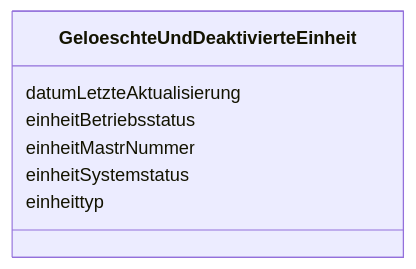
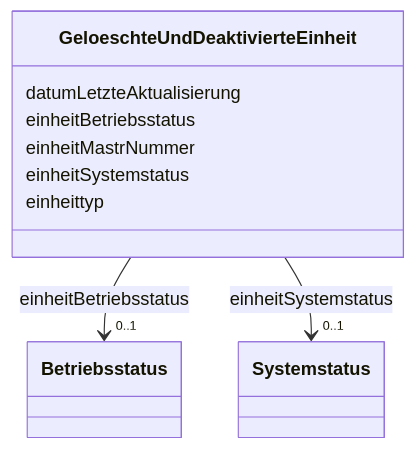
The diagram in docs/schema/classes/GeloeschteUndDeaktivierteEinheit.md (FlorianK13/mastr-model), drawn with Mermaid before and after one commit. The commit also changed other lines of this file and 86 other files, not shown here.

````diff
--- a/docs/schema/classes/GeloeschteUndDeaktivierteEinheit.md
+++ b/docs/schema/classes/GeloeschteUndDeaktivierteEinheit.md
@@ -18,16 +18,34 @@
 ```mermaid
  classDiagram
     class GeloeschteUndDeaktivierteEinheit
     click GeloeschteUndDeaktivierteEinheit href "../../classes/GeloeschteUndDeaktivierteEinheit/"
       GeloeschteUndDeaktivierteEinheit : datumLetzteAktualisierung
         
       GeloeschteUndDeaktivierteEinheit : einheitBetriebsstatus
         
+          
+    
+        
+        
+        GeloeschteUndDeaktivierteEinheit --> "0..1" Betriebsstatus : einheitBetriebsstatus
+        click Betriebsstatus href "../../enums/Betriebsstatus/"
+    
+
+        
       GeloeschteUndDeaktivierteEinheit : einheitMastrNummer
         
       GeloeschteUndDeaktivierteEinheit : einheitSystemstatus
+        
+          
+    
+        
+        
+        GeloeschteUndDeaktivierteEinheit --> "0..1" Systemstatus : einheitSystemstatus
+        click Systemstatus href "../../enums/Systemstatus/"
+    
+
         
       GeloeschteUndDeaktivierteEinheit : einheittyp
         
       
 ```
````
